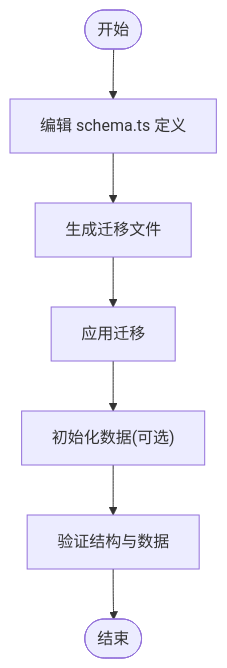
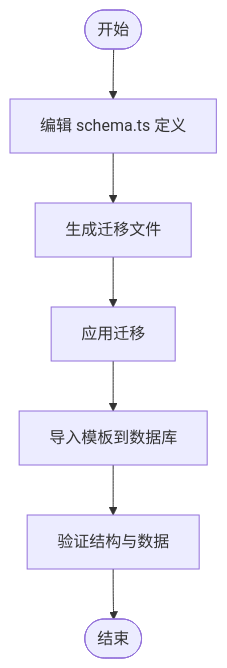
The sixth of 14 diagrams in .qoder/repowiki/zh/content/开发指南/开发指南.md (EverettCamus/HeartRule-Qoder), drawn with Mermaid before and after one commit. The commit also changed other lines of this file and 8 other files, not shown here.

````diff
--- a/.qoder/repowiki/zh/content/开发指南/开发指南.md
+++ b/.qoder/repowiki/zh/content/开发指南/开发指南.md
@@ -251,9 +305,9 @@
 ```mermaid
 flowchart TD
 Start(["开始"]) --> EditSchema["编辑 schema.ts 定义"]
 EditSchema --> Generate["生成迁移文件"]
 Generate --> Apply["应用迁移"]
-Apply --> Init["初始化数据(可选)"]
-Init --> Verify["验证结构与数据"]
+Apply --> ImportTemplates["导入模板到数据库"]
+ImportTemplates --> Verify["验证结构与数据"]
 Verify --> End(["结束"])
 ```
````
